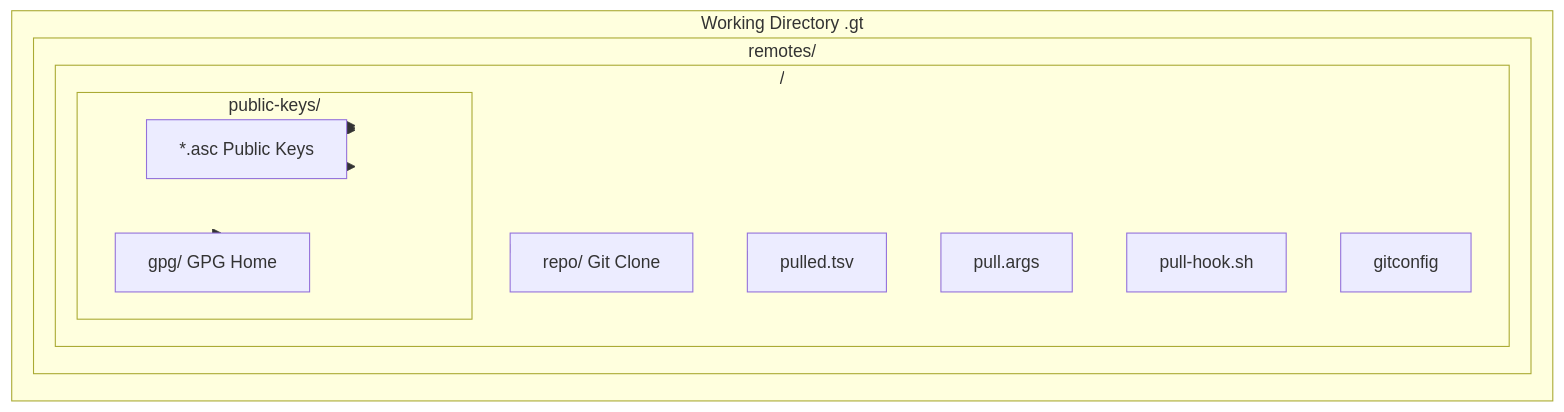
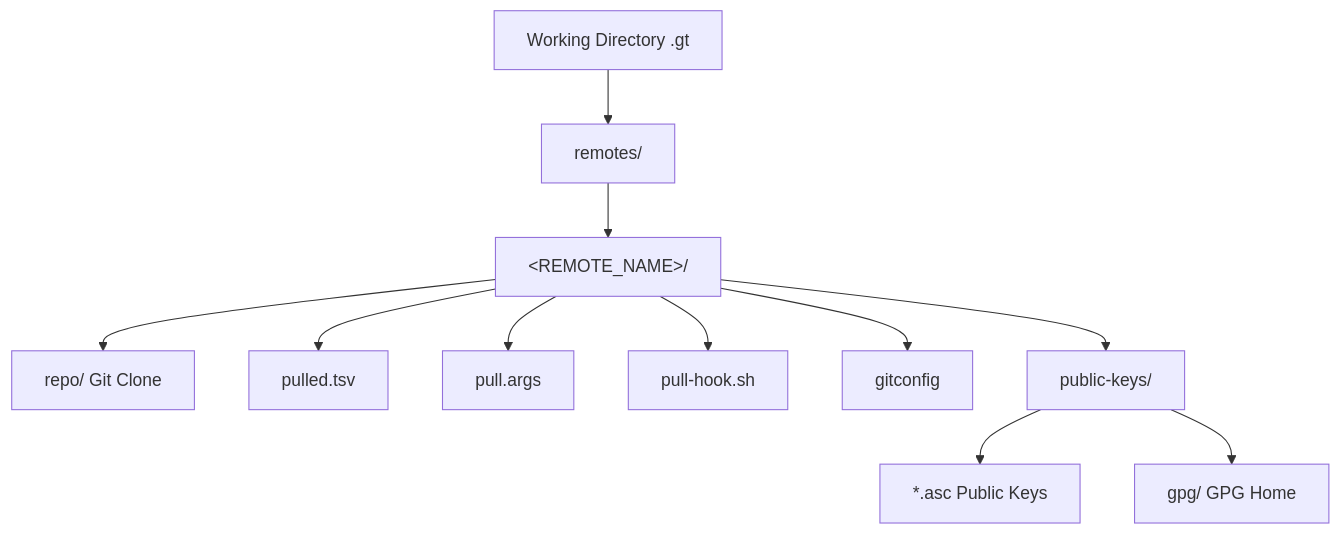
One commit to tegonal/gt changed the first of 2 diagrams in spec/overview.md. Above: the diagram before and after it, drawn with Mermaid. The commit also changed other lines of this file and 3 other files, not shown here.

````diff
--- a/spec/overview.md
+++ b/spec/overview.md
@@ -43,29 +43,25 @@
 ```mermaid
 graph TD
-    subgraph WorkingDir[Working Directory .gt]
-        subgraph Remotes[remotes/]
-            subgraph Remote[<REMOTE_NAME>/]
-                Repo[repo/ Git Clone]
-                subgraph PublicKeys[public-keys/]
-                    GPGKeys[*.asc Public Keys]
-                    GPGDir[gpg/ GPG Home]
-                end
-                PulledTSV[pulled.tsv]
-                PullArgs[pull.args]
-                PullHook[pull-hook.sh]
-                Gitconfig[gitconfig]
-            end
-        end
-    end
+	WorkingDir[Working Directory .gt]
+	Repo["repo/ Git Clone"]
+	PulledTSV["pulled.tsv"]
+	PullArgs["pull.args"]
+	PullHook["pull-hook.sh"]
+	Gitconfig["gitconfig"]
+	Remotes["remotes/"]
+	Remote["&lt;REMOTE_NAME&gt;/"]
+	PublicKeys["public-keys/"]
+	GPGKeys["*.asc Public Keys"]
+	GPGDir["gpg/ GPG Home"]
 
     WorkingDir --> Remotes
     Remotes --> Remote
     Remote --> Repo
     Remote --> PublicKeys
     PublicKeys --> GPGKeys
     PublicKeys --> GPGDir
     Remote --> PulledTSV
     Remote --> PullArgs
     Remote --> PullHook
     Remote --> Gitconfig
 ```
````
